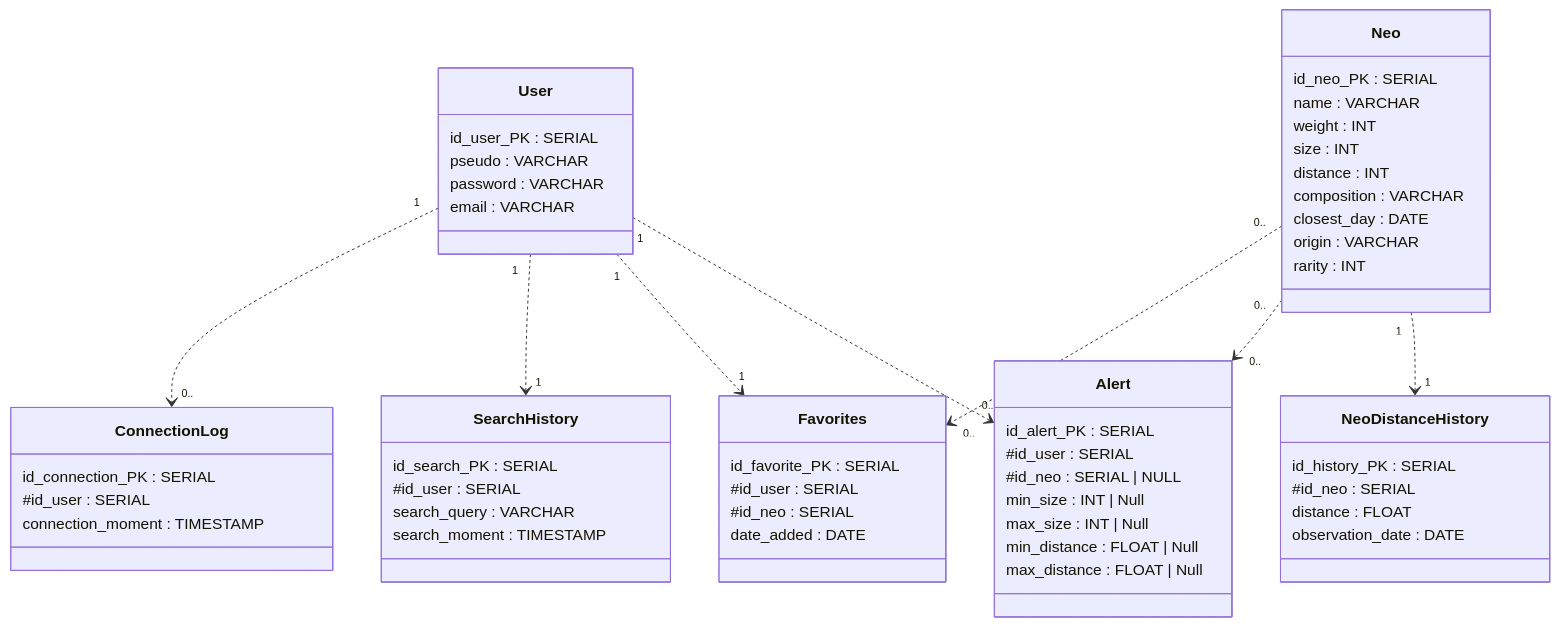
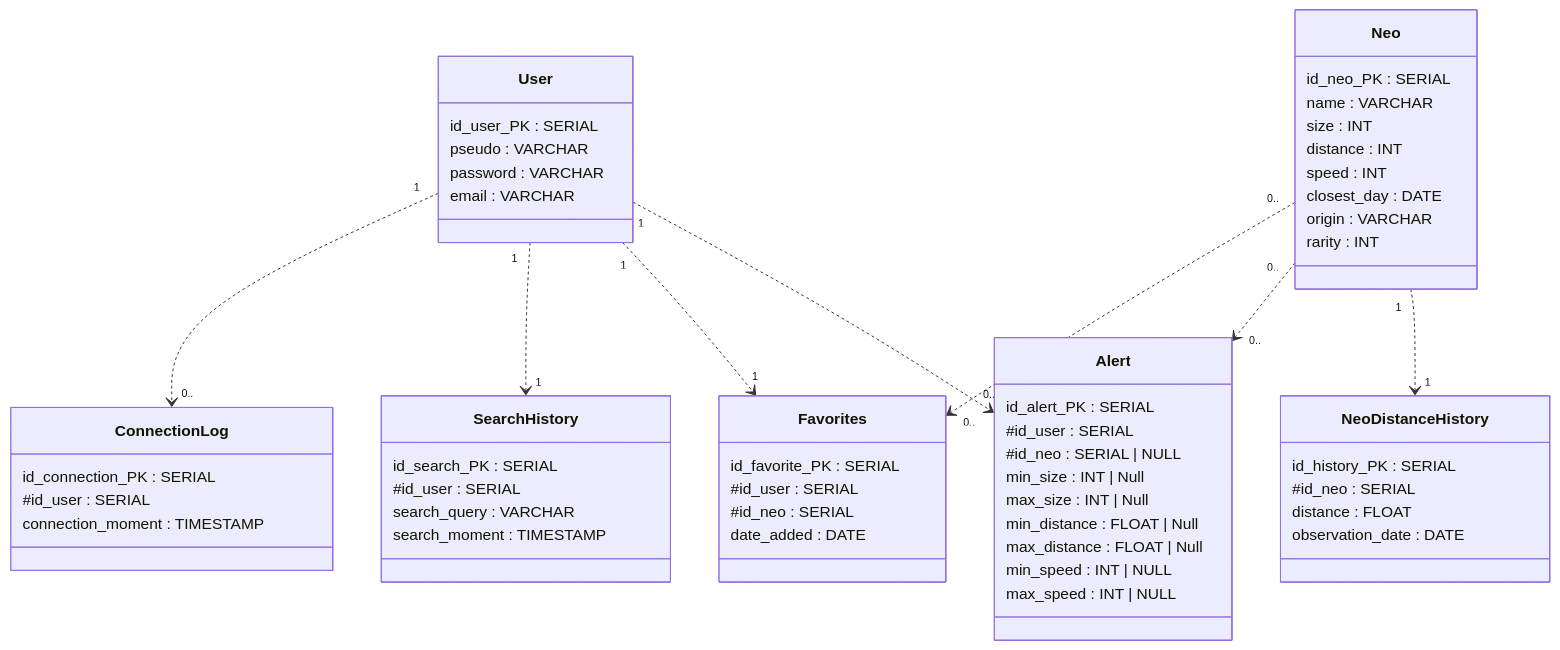
Before and after one commit to tristancabre/Projet-info-2A: the diagram in doc/data_model.md, drawn with Mermaid. The commit also changed 3 other files, not shown here.

````diff
--- a/doc/data_model.md
+++ b/doc/data_model.md
@@ -16,71 +16,72 @@
 ```mermaid
 classDiagram
     %% Business objects
 
     class User {
         id_user_PK : SERIAL
         pseudo : VARCHAR
         password : VARCHAR
         email : VARCHAR
     }
 
     class Neo{
         id_neo_PK : SERIAL
         name : VARCHAR
-        weight : INT
         size : INT
         distance : INT
-        composition : VARCHAR
+        speed : INT
         closest_day : DATE
         origin : VARCHAR
         rarity : INT
     }
 
     class Alert {
         id_alert_PK : SERIAL
         #id_user : SERIAL
         #id_neo : SERIAL | NULL
         min_size : INT | Null
         max_size : INT | Null
         min_distance : FLOAT | Null
         max_distance : FLOAT | Null
+        min_speed : INT | NULL
+        max_speed : INT | NULL
     }
 
     class Favorites {
         id_favorite_PK : SERIAL
         #id_user : SERIAL
         #id_neo : SERIAL
         date_added : DATE
     }
 
     class ConnectionLog {
         id_connection_PK : SERIAL
         #id_user : SERIAL
         connection_moment : TIMESTAMP
     }
 
     class SearchHistory {
         id_search_PK : SERIAL
         #id_user : SERIAL
         search_query : VARCHAR
         search_moment : TIMESTAMP
     }
 
     class NeoDistanceHistory {
         id_history_PK : SERIAL
         #id_neo : SERIAL
         distance : FLOAT
         observation_date : DATE
     }
 
 
     %% Relationships
     Neo "0.." ..> "0.." Favorites
     Neo "0.." ..> "0.." Alert
     Neo "1" ..> "1" NeoDistanceHistory
     User "1" ..> "0.." ConnectionLog
     User "1" ..> "1" SearchHistory
     User "1" ..> "1" Favorites
     User "1" ..> "0.." Alert
 
 ```
````
